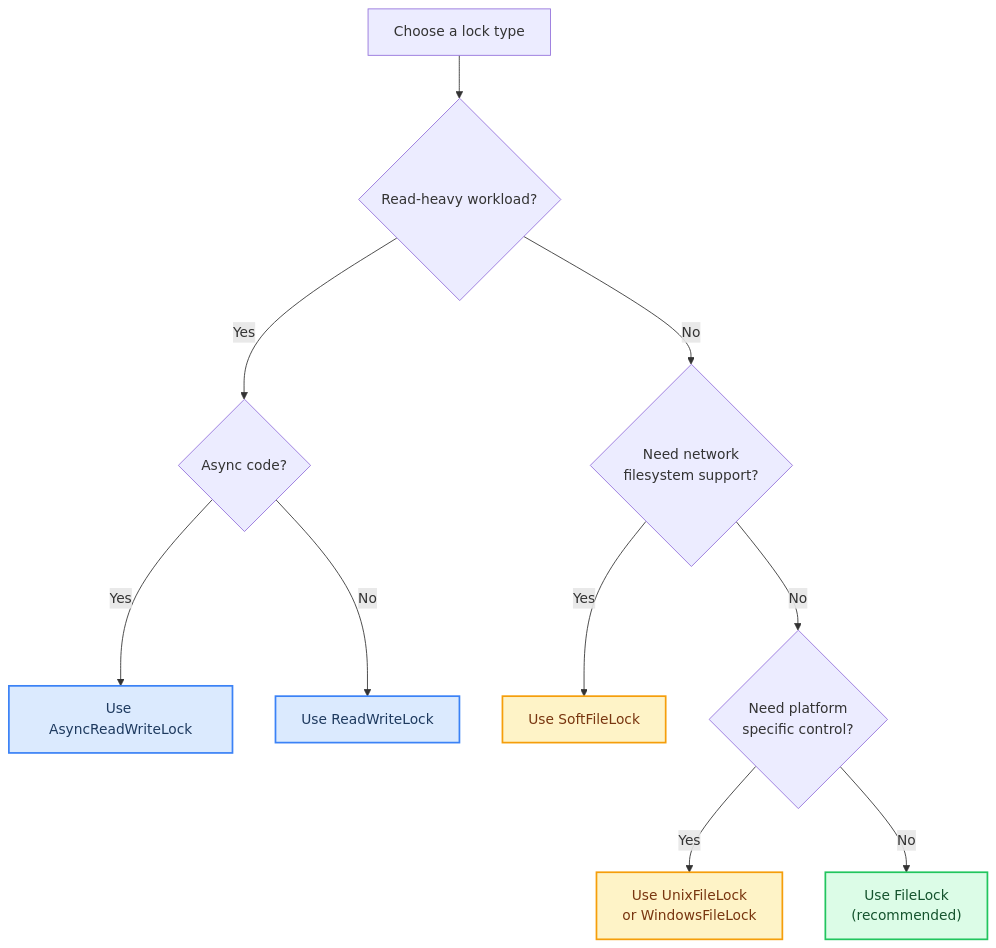
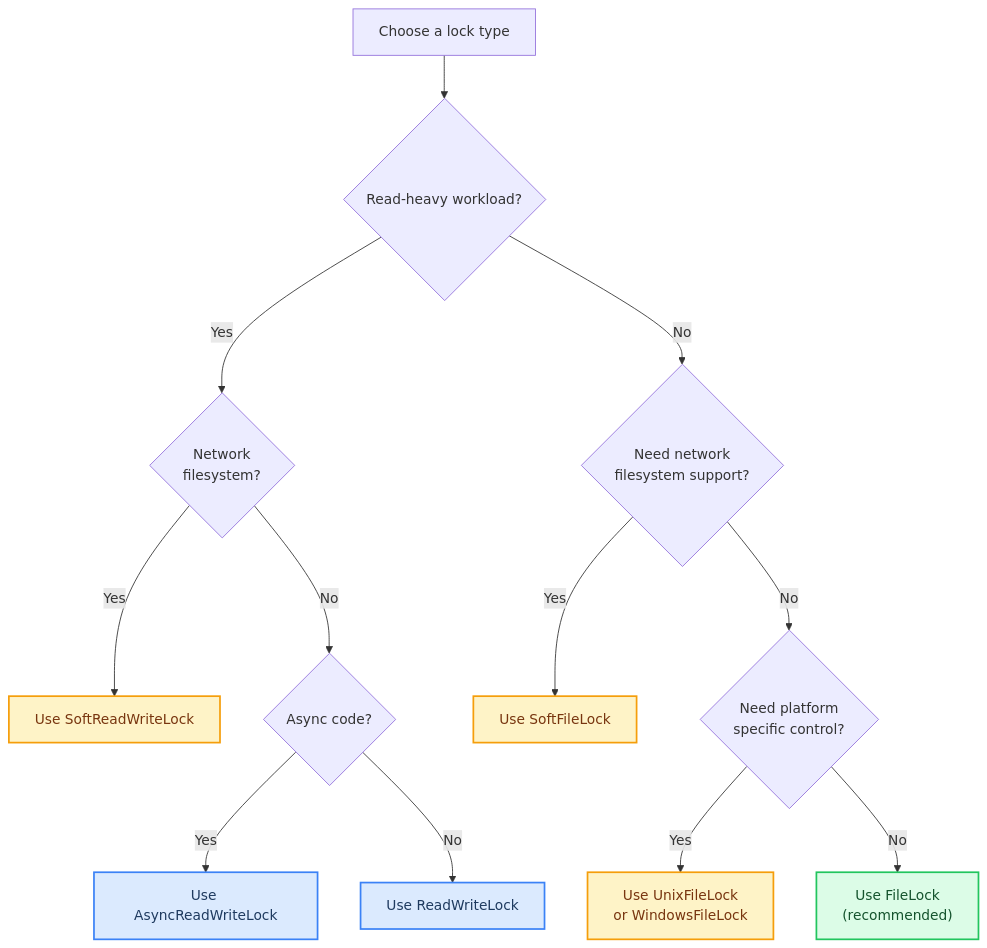
The third of 4 diagrams in docs/concepts.rst (tox-dev/filelock), drawn with Mermaid before and after one commit. The commit also changed other lines of this file and 12 other files, not shown here.

Commit message:
✨ feat(rw): add SoftReadWriteLock for NFS and HPC clusters (#528)

```diff
--- a/docs/concepts.rst
+++ b/docs/concepts.rst
@@ -198,19 +205,21 @@
 .. mermaid::
 
     flowchart TD
         start["Choose a lock type"] --> question1{"Read-heavy workload?"}
-        question1 -->|Yes| questionAsync{"Async code?"}
+        question1 -->|Yes| questionRwNet{"Network<br/>filesystem?"}
+        questionRwNet -->|Yes| srw["Use SoftReadWriteLock"]
+        questionRwNet -->|No| questionAsync{"Async code?"}
         questionAsync -->|Yes| arw["Use AsyncReadWriteLock"]
         questionAsync -->|No| rw["Use ReadWriteLock"]
         question1 -->|No| question2{"Need network<br/>filesystem support?"}
         question2 -->|Yes| soft["Use SoftFileLock"]
         question2 -->|No| question3{"Need platform<br/>specific control?"}
         question3 -->|Yes| platform["Use UnixFileLock<br/>or WindowsFileLock"]
         question3 -->|No| default["Use FileLock<br/>(recommended)"]
 
         classDef recommended fill:#dcfce7,stroke:#22c55e,stroke-width:2px,color:#14532d
         classDef alternative fill:#fef3c7,stroke:#f59e0b,stroke-width:2px,color:#78350f
         classDef special fill:#dbeafe,stroke:#3b82f6,stroke-width:2px,color:#1e3a5f
         class default recommended
-        class soft,platform alternative
+        class soft,platform,srw alternative
         class rw,arw special
```
